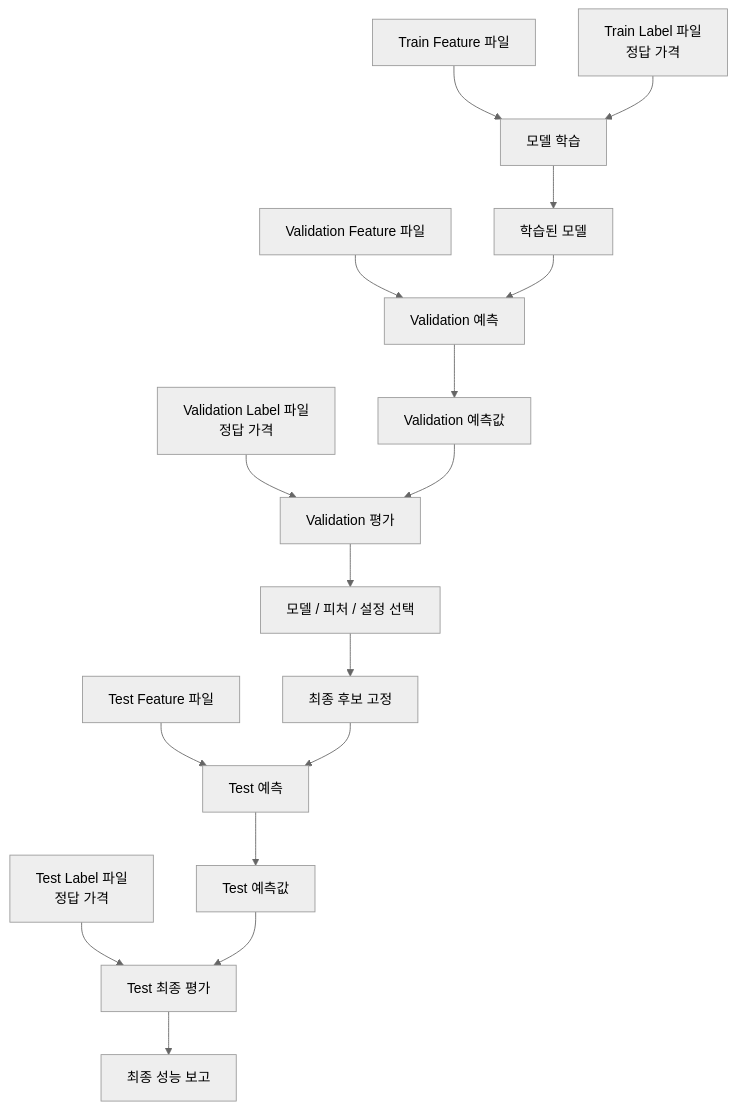
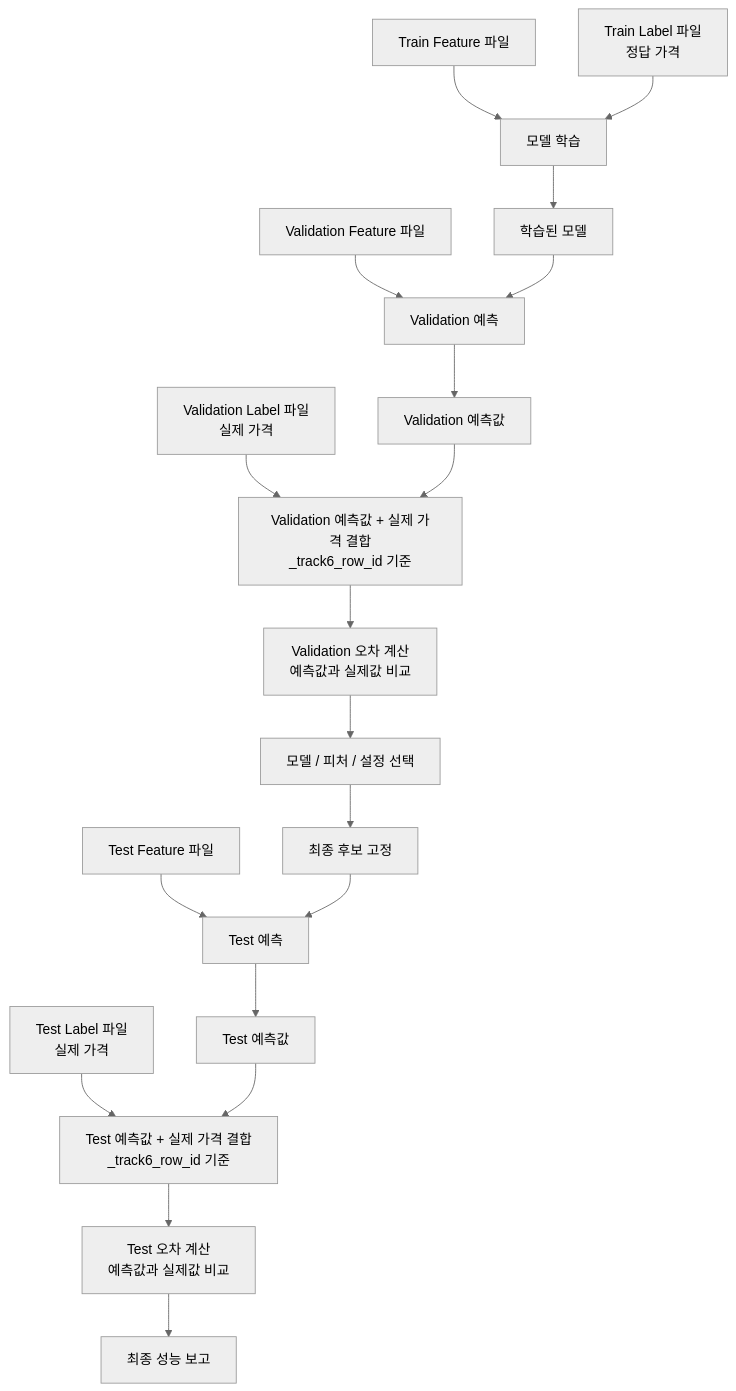
The diagram in docs/track6/dataset/train_eval_label_flow.md (bo-ahto/VisionAI), drawn with Mermaid (neutral theme) before and after one commit. The commit also changed other lines of this file, not shown here.

Commit message:
docs(track6): clarify prediction label join flow

````diff
--- a/docs/track6/dataset/train_eval_label_flow.md
+++ b/docs/track6/dataset/train_eval_label_flow.md
@@ -9,27 +9,29 @@
 ```mermaid
 flowchart TD
     A[Train Feature 파일] --> C[모델 학습]
     B[Train Label 파일<br/>정답 가격] --> C
 
     C --> D[학습된 모델]
 
     E[Validation Feature 파일] --> F[Validation 예측]
     D --> F
     F --> G[Validation 예측값]
 
-    H[Validation Label 파일<br/>정답 가격] --> I[Validation 평가]
+    H[Validation Label 파일<br/>실제 가격] --> I[Validation 예측값 + 실제 가격 결합<br/>_track6_row_id 기준]
     G --> I
+    I --> V[Validation 오차 계산<br/>예측값과 실제값 비교]
 
-    I --> J[모델 / 피처 / 설정 선택]
+    V --> J[모델 / 피처 / 설정 선택]
 
     J --> K[최종 후보 고정]
 
     L[Test Feature 파일] --> M[Test 예측]
     K --> M
     M --> N[Test 예측값]
 
-    O[Test Label 파일<br/>정답 가격] --> P[Test 최종 평가]
+    O[Test Label 파일<br/>실제 가격] --> P[Test 예측값 + 실제 가격 결합<br/>_track6_row_id 기준]
     N --> P
+    P --> T[Test 오차 계산<br/>예측값과 실제값 비교]
 
-    P --> Q[최종 성능 보고]
+    T --> Q[최종 성능 보고]
 ```
````
